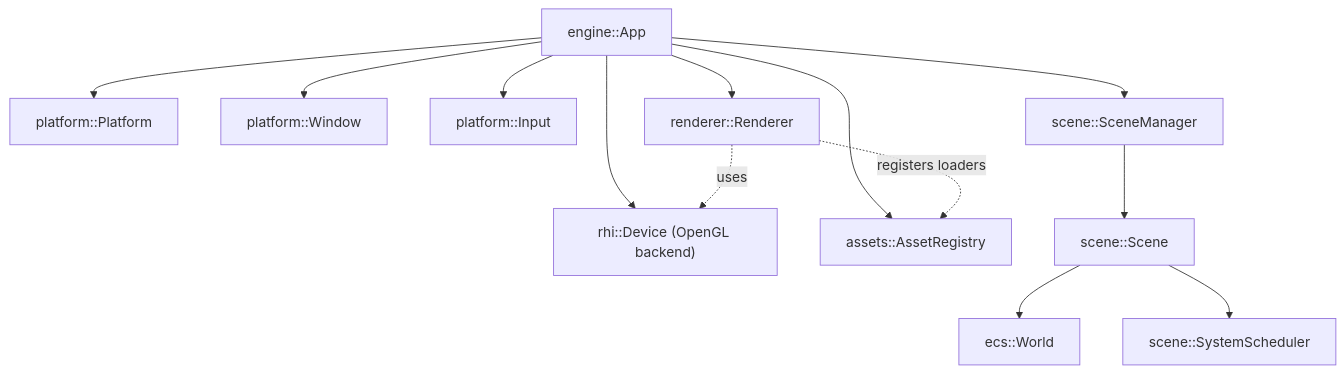
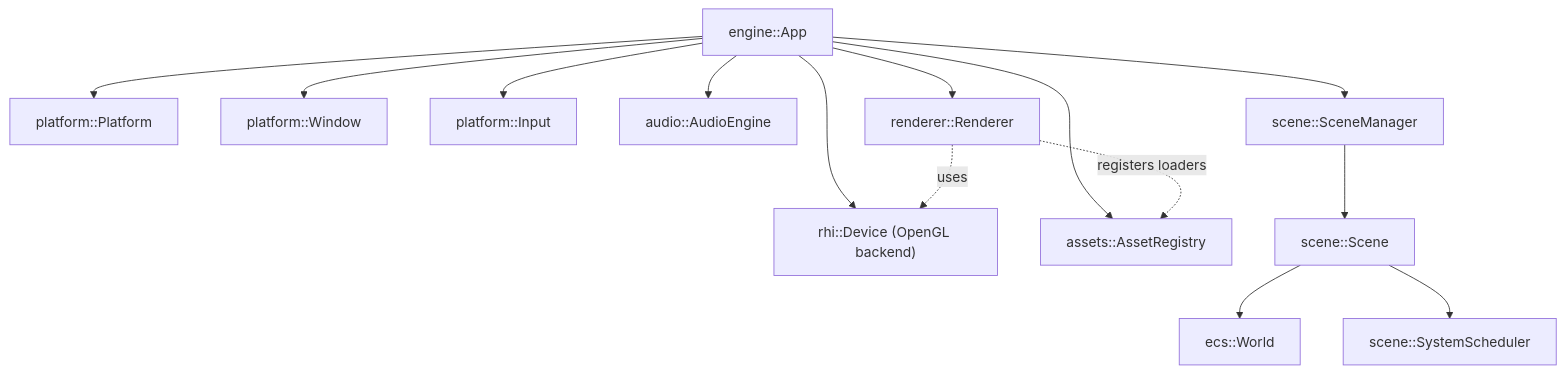
The second of 3 diagrams in docs/architecture/overview.md (fyernald/teserra), drawn with Mermaid before and after one commit. The commit also changed 14 other files, not shown here.

First line of the commit message:
feat(audio): volume buses, and the App owns the audio engine

````diff
--- a/docs/architecture/overview.md
+++ b/docs/architecture/overview.md
@@ -86,15 +86,16 @@
 ```mermaid
 flowchart TD
     App["engine::App"] --> Platform["platform::Platform"]
     App --> Window["platform::Window"]
     App --> Input["platform::Input"]
     App --> Device["rhi::Device (OpenGL backend)"]
     App --> Assets["assets::AssetRegistry"]
+    App --> Audio["audio::AudioEngine"]
     App --> Renderer["renderer::Renderer"]
     App --> Scenes["scene::SceneManager"]
     Scenes --> Scene["scene::Scene"]
     Scene --> World["ecs::World"]
     Scene --> Scheduler["scene::SystemScheduler"]
     Renderer -. uses .-> Device
     Renderer -. registers loaders .-> Assets
 ```
````
